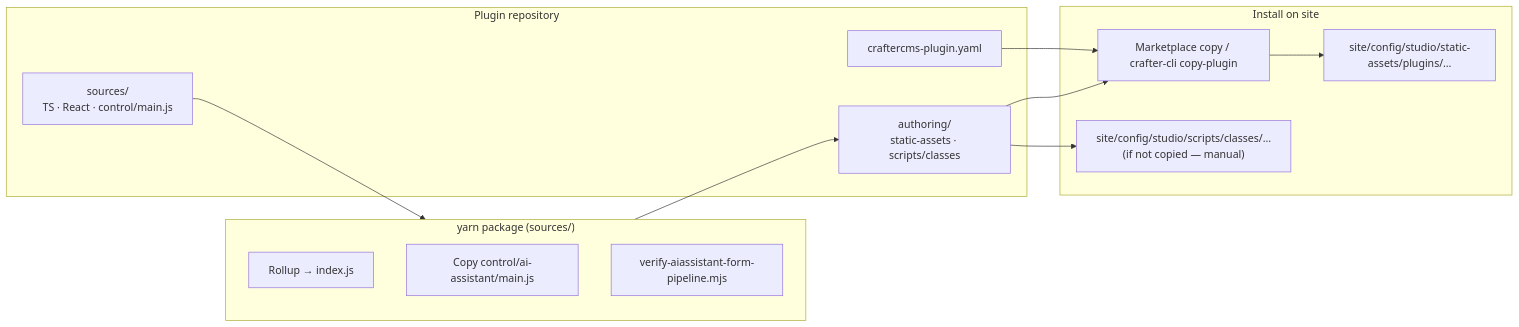
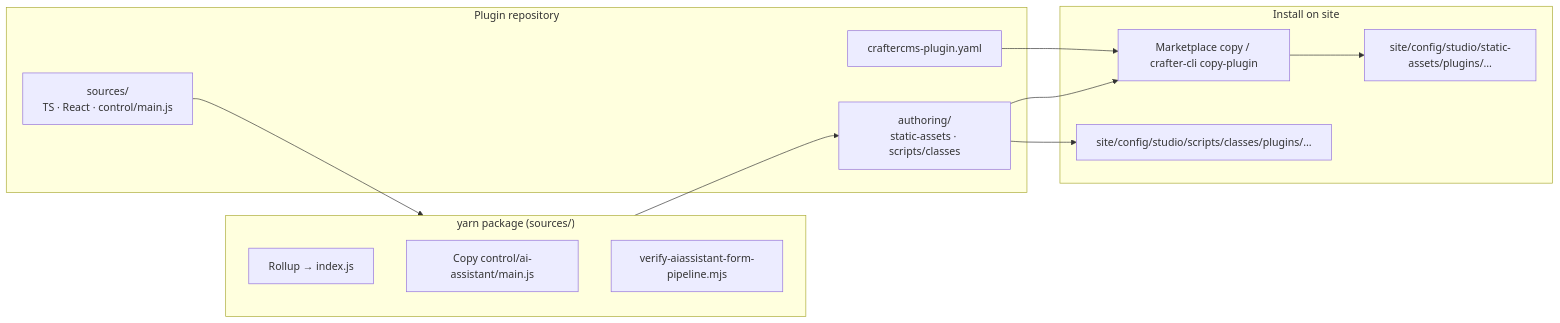
The ninth of 13 diagrams in docs/architecture-diagrams.md (craftercms/ai-assistant-plugin), drawn with Mermaid before and after one commit. The commit also changed other lines of this file and 288 other files, not shown here.

````diff
--- a/docs/architecture-diagrams.md
+++ b/docs/architecture-diagrams.md
@@ -343,27 +343,27 @@
 ```mermaid
 flowchart LR
   subgraph repo["Plugin repository"]
     Sources["sources/\nTS · React · control/main.js"]
     Authoring["authoring/\nstatic-assets · scripts/classes"]
     Yaml["craftercms-plugin.yaml"]
   end
 
   subgraph build["yarn package (sources/)"]
     Rollup["Rollup → index.js"]
     Copy["Copy control/ai-assistant/main.js"]
     Verify["verify-aiassistant-form-pipeline.mjs"]
   end
 
   subgraph install["Install on site"]
     CopyPlugin["Marketplace copy / crafter-cli copy-plugin"]
     SitePath["site/config/studio/static-assets/plugins/…"]
-    SiteClasses["site/config/studio/scripts/classes/…\n(if not copied — manual)"]
+    SiteClasses["site/config/studio/scripts/classes/plugins/…"]
   end
 
   Sources --> build
   build --> Authoring
   Authoring --> CopyPlugin
   CopyPlugin --> SitePath
   Authoring --> SiteClasses
   Yaml --> CopyPlugin
 ```
````
